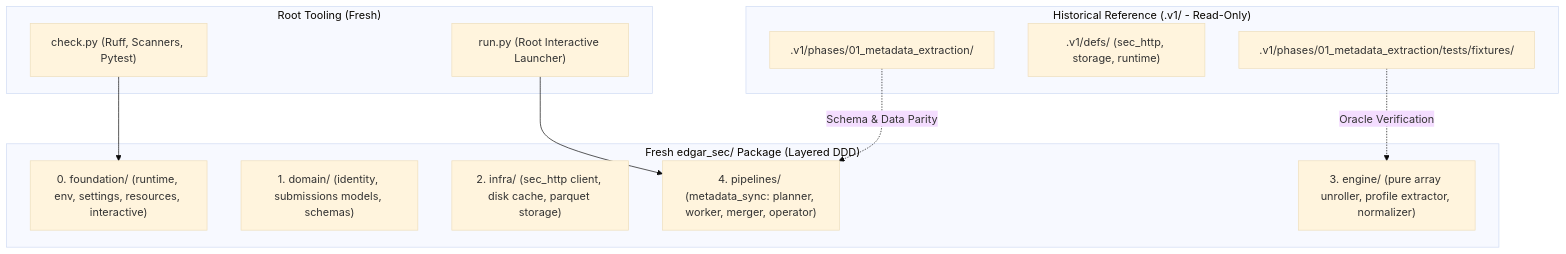
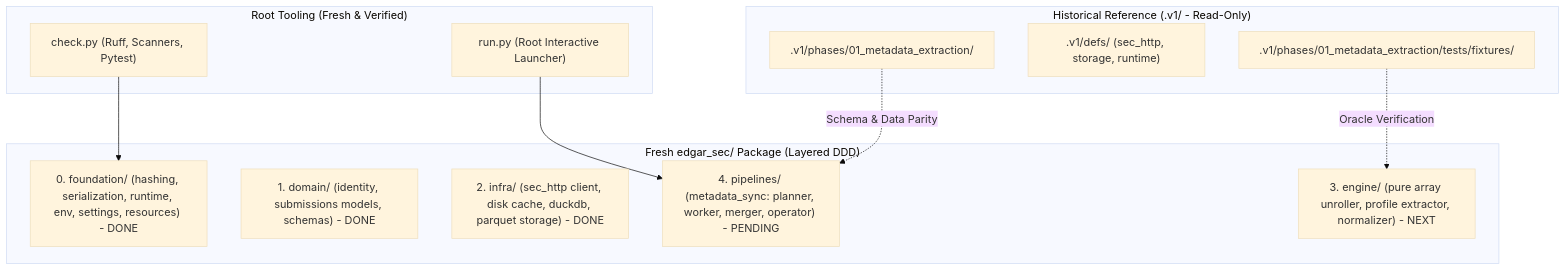
The diagram in roadmap/refactor_v2/phase_1.md (DerivedFunction01/edgar-sec), drawn with Mermaid (base theme) before and after one commit. The commit also changed other lines of this file and 1 other file, not shown here.

Commit message:
docs: update phase 1 refactor roadmap with current completion status and component inventory

````diff
--- a/roadmap/refactor_v2/phase_1.md
+++ b/roadmap/refactor_v2/phase_1.md
@@ -13,26 +14,26 @@
 ```mermaid
 graph TD
     subgraph "Historical Reference (.v1/ - Read-Only)"
         V1_Phase1[".v1/phases/01_metadata_extraction/"]
         V1_Defs[".v1/defs/ (sec_http, storage, runtime)"]
         V1_Fixtures[".v1/phases/01_metadata_extraction/tests/fixtures/"]
     end
 
-    subgraph "Root Tooling (Fresh)"
+    subgraph "Root Tooling (Fresh & Verified)"
         Root_Check["check.py (Ruff, Scanners, Pytest)"]
         Root_Run["run.py (Root Interactive Launcher)"]
     end
 
     subgraph "Fresh edgar_sec/ Package (Layered DDD)"
-        L0["0. foundation/ (runtime, env, settings, resources, interactive)"]
-        L1["1. domain/ (identity, submissions models, schemas)"]
-        L2["2. infra/ (sec_http client, disk cache, parquet storage)"]
-        L3["3. engine/ (pure array unroller, profile extractor, normalizer)"]
-        L4["4. pipelines/ (metadata_sync: planner, worker, merger, operator)"]
+        L0["0. foundation/ (hashing, serialization, runtime, env, settings, resources) - DONE"]
+        L1["1. domain/ (identity, submissions models, schemas) - DONE"]
+        L2["2. infra/ (sec_http client, disk cache, duckdb, parquet storage) - DONE"]
+        L3["3. engine/ (pure array unroller, profile extractor, normalizer) - NEXT"]
+        L4["4. pipelines/ (metadata_sync: planner, worker, merger, operator) - PENDING"]
     end
 
     Root_Run --> L4
     Root_Check --> L0
     V1_Fixtures -.->|Oracle Verification| L3
     V1_Phase1 -.->|Schema & Data Parity| L4
 ```
````
